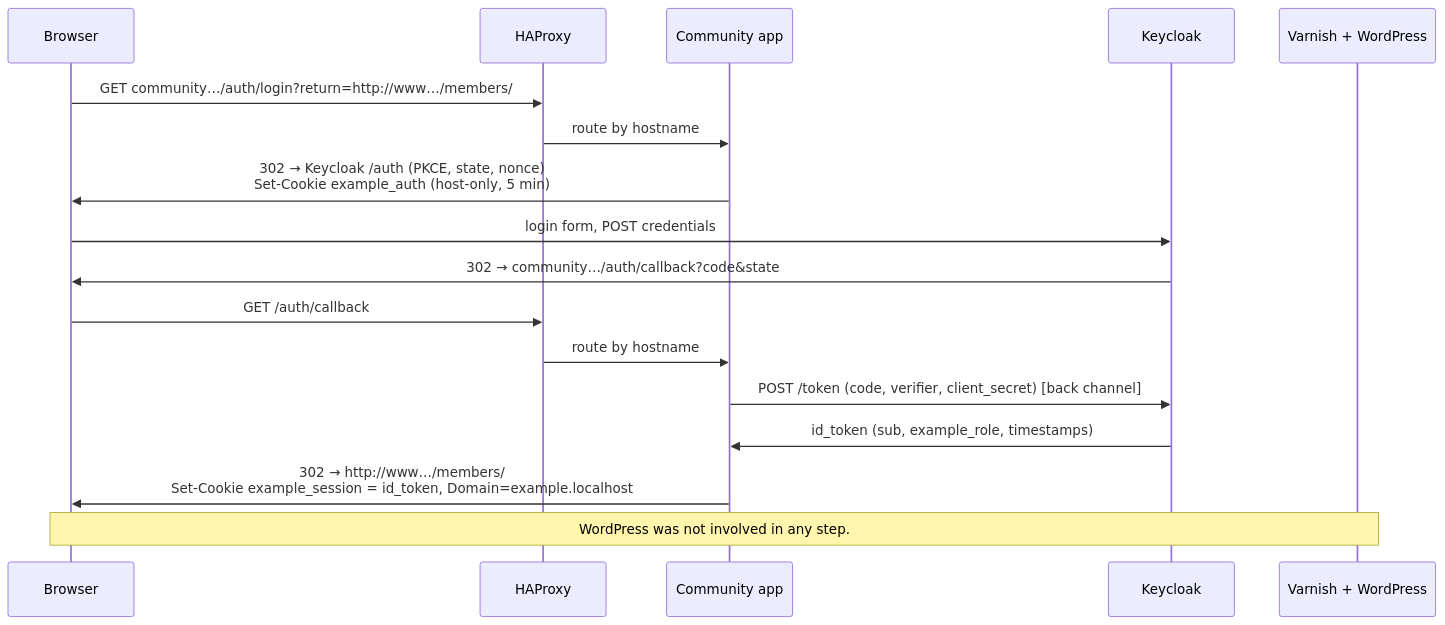
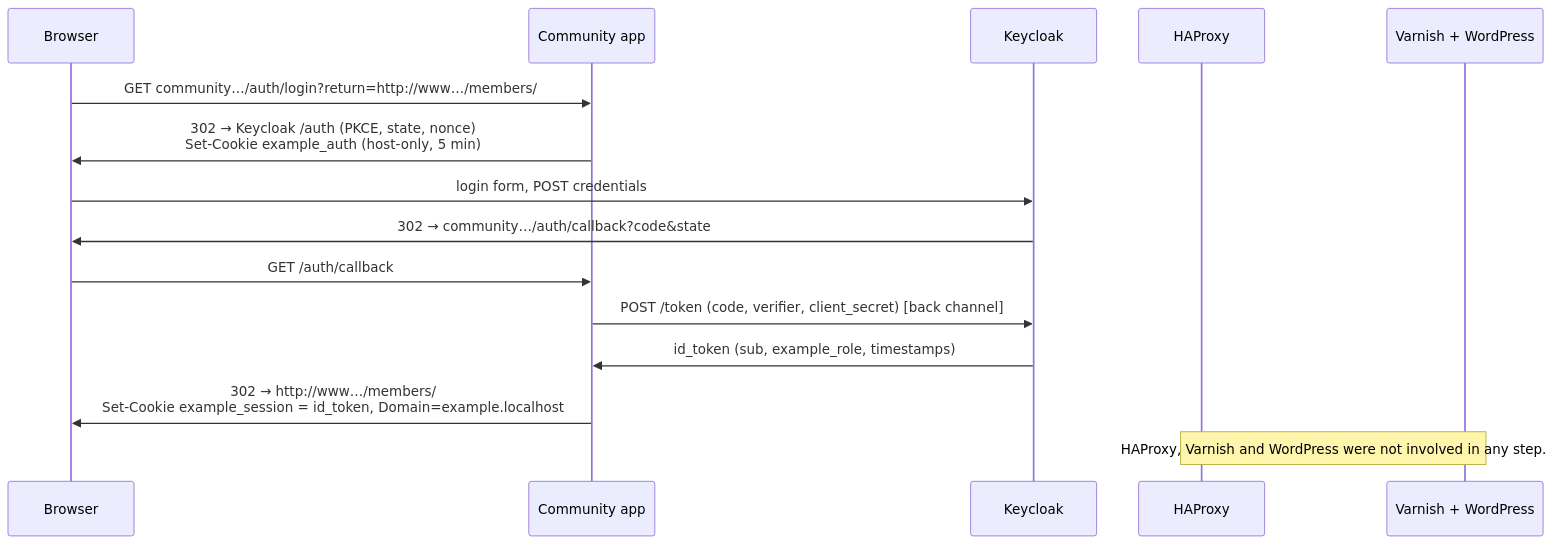
Before and after one commit to correctiv/oidc-wp-prototype: the first of 4 diagrams in README.md, drawn with Mermaid. The commit also changed other lines of this file and 13 other files, not shown here.

````diff
--- a/README.md
+++ b/README.md
@@ -76,19 +78,17 @@
 ```mermaid
 sequenceDiagram
     participant B as Browser
-    participant H as HAProxy
     participant C as Community app
     participant K as Keycloak
+    participant H as HAProxy
     participant W as Varnish + WordPress
-    B->>H: GET community…/auth/login?return=http://www…/members/
-    H->>C: route by hostname
+    B->>C: GET community…/auth/login?return=http://www…/members/
     C->>B: 302 → Keycloak /auth (PKCE, state, nonce)<br/>Set-Cookie example_auth (host-only, 5 min)
     B->>K: login form, POST credentials
     K->>B: 302 → community…/auth/callback?code&state
-    B->>H: GET /auth/callback
-    H->>C: route by hostname
+    B->>C: GET /auth/callback
     C->>K: POST /token (code, verifier, client_secret) [back channel]
     K->>C: id_token (sub, example_role, timestamps)
     C->>B: 302 → http://www…/members/<br/>Set-Cookie example_session = id_token, Domain=example.localhost
-    Note over B,W: WordPress was not involved in any step.
+    Note over H,W: HAProxy, Varnish and WordPress were not involved in any step.
 ```
````
